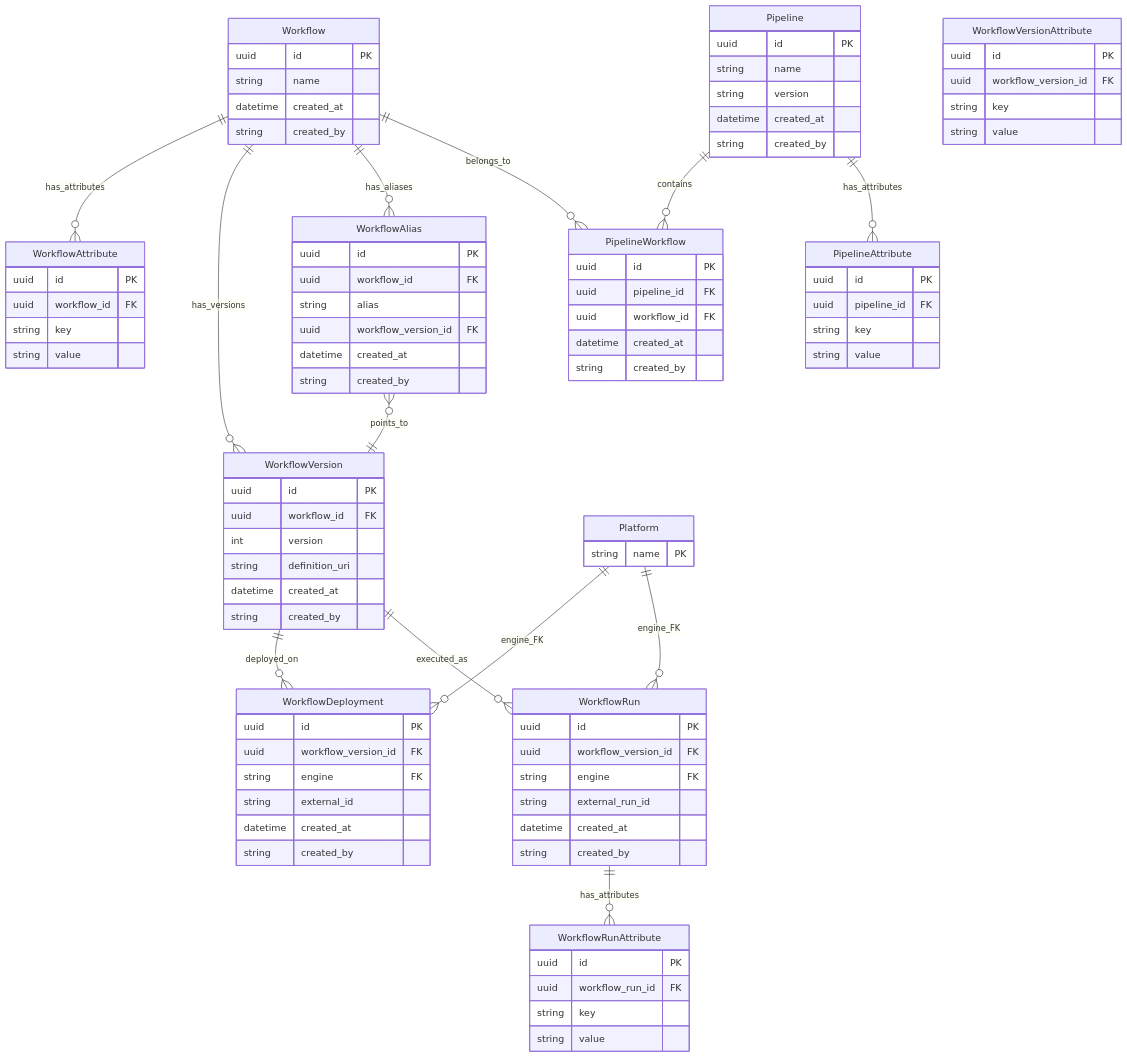
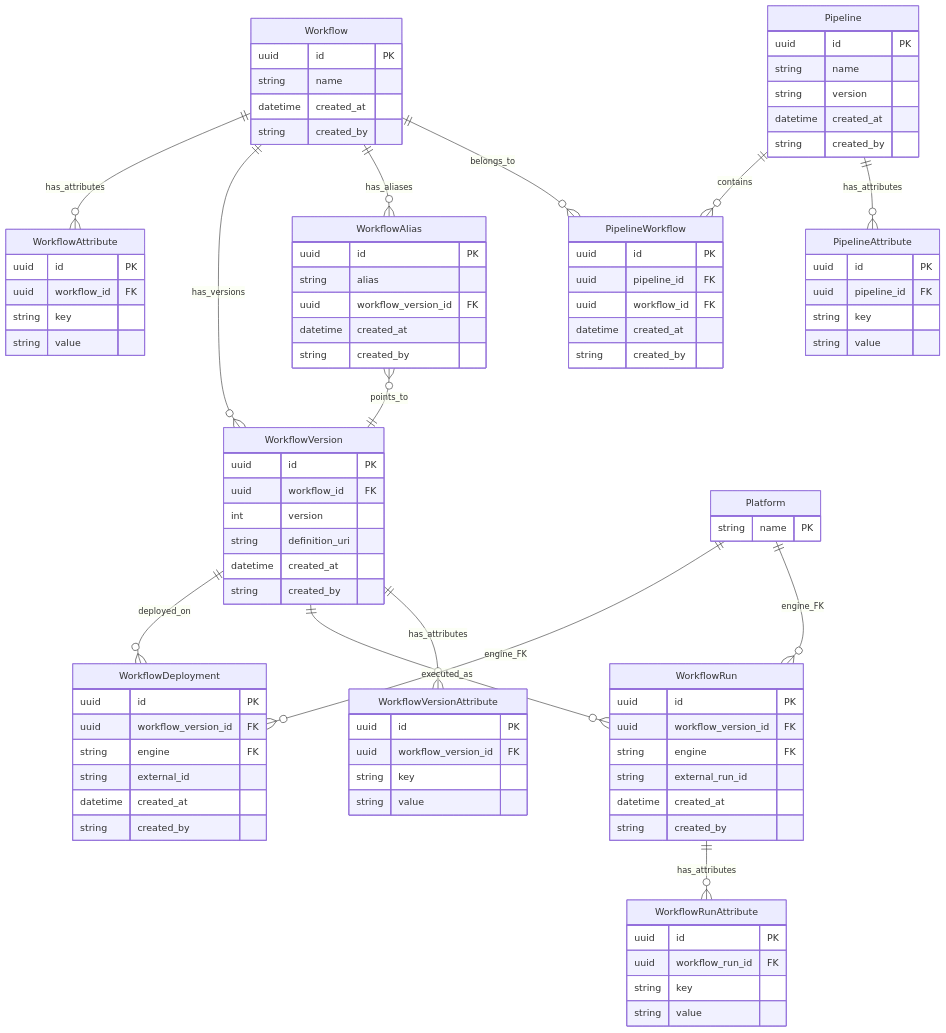
Before and after one commit to NGS360/APIServer: the diagram in docs/WORKFLOWS_AND_PIPELINES.md, drawn with Mermaid.

Commit message:
Remove workflow_id from WorkflowAlias

```diff
--- a/docs/WORKFLOWS_AND_PIPELINES.md
+++ b/docs/WORKFLOWS_AND_PIPELINES.md
@@ -28,6 +28,7 @@
     WorkflowAlias }o--|| WorkflowVersion : points_to
     WorkflowVersion ||--o{ WorkflowDeployment : deployed_on
     WorkflowVersion ||--o{ WorkflowRun : executed_as
+    WorkflowVersion ||--o{ WorkflowVersionAttribute : has_attributes
     Platform ||--o{ WorkflowDeployment : engine_FK
     Platform ||--o{ WorkflowRun : engine_FK
     WorkflowRun ||--o{ WorkflowRunAttribute : has_attributes
@@ -72,7 +73,6 @@
 
     WorkflowAlias {
         uuid id PK
-        uuid workflow_id FK
         string alias
         uuid workflow_version_id FK
         datetime created_at
```
